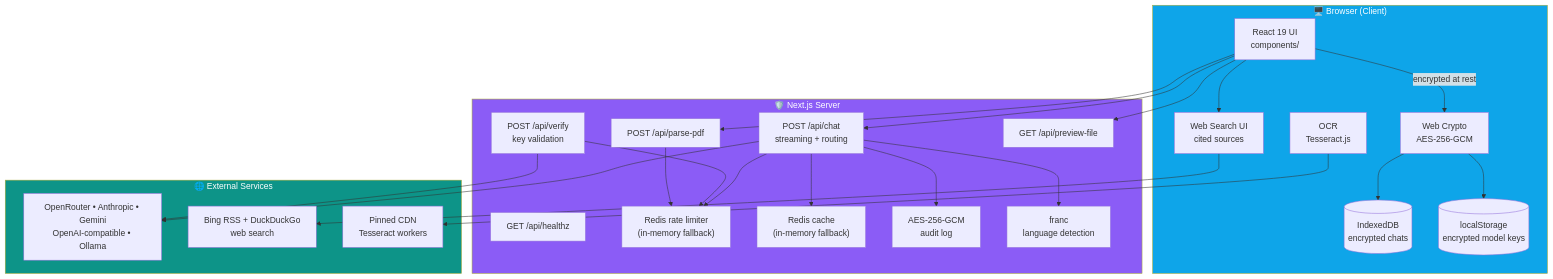
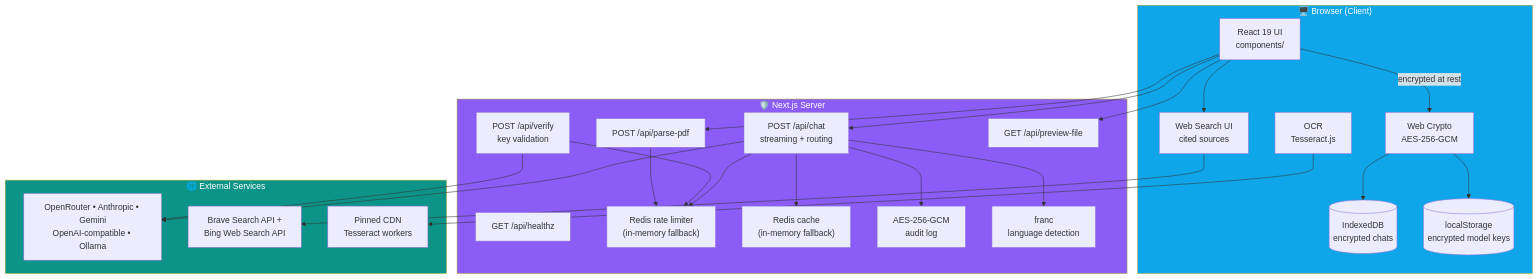
Before and after one commit to Wasims07/OrcaChat: the first of 2 diagrams in README.md, drawn with Mermaid. The commit also changed other lines of this file and 16 other files, not shown here.

First line of the commit message:
feat: real-time web search with source snippets and resilient streaming

````diff
--- a/README.md
+++ b/README.md
@@ -38,52 +38,52 @@
 ```mermaid
 flowchart TD
     subgraph client["🖥️ Browser (Client)"]
         UI["React 19 UI<br/>components/"]
         IMG["OCR<br/>Tesseract.js"]
         WEB["Web Search UI<br/>cited sources"]
         WEBX["Web Crypto<br/>AES-256-GCM"]
         DB[("IndexedDB<br/>encrypted chats")]
         LS[("localStorage<br/>encrypted model keys")]
     end
 
     subgraph server["🛡️ Next.js Server"]
         CHAT["POST /api/chat<br/>streaming + routing"]
         VERIFY["POST /api/verify<br/>key validation"]
         PDF["POST /api/parse-pdf"]
         PREV["GET /api/preview-file"]
         HEALTH["GET /api/healthz"]
         LIMIT["Redis rate limiter<br/>(in-memory fallback)"]
         CACHE["Redis cache<br/>(in-memory fallback)"]
         AUDIT["AES-256-GCM<br/>audit log"]
         LANG["franc<br/>language detection"]
     end
 
     subgraph external["🌐 External Services"]
         PROVIDERS["OpenRouter • Anthropic • Gemini<br/>OpenAI-compatible • Ollama"]
-        SEARCH["Bing RSS + DuckDuckGo<br/>web search"]
+        SEARCH["Brave Search API +<br/>Bing Web Search API"]
         CDN["Pinned CDN<br/>Tesseract workers"]
     end
 
     UI -->|encrypted at rest| WEBX
     WEBX --> DB
     WEBX --> LS
     UI --> CHAT
     UI --> PDF
     UI --> PREV
     IMG --> CDN
     UI --> WEB
     WEB --> SEARCH
 
     CHAT --> LIMIT
     CHAT --> CACHE
     CHAT --> LANG
     CHAT --> PROVIDERS
     CHAT --> AUDIT
     VERIFY --> LIMIT
     VERIFY --> PROVIDERS
     PDF --> LIMIT
 
     style client fill:#0ea5e9,color:#fff
     style server fill:#8b5cf6,color:#fff
     style external fill:#0d9488,color:#fff
 ```
````
